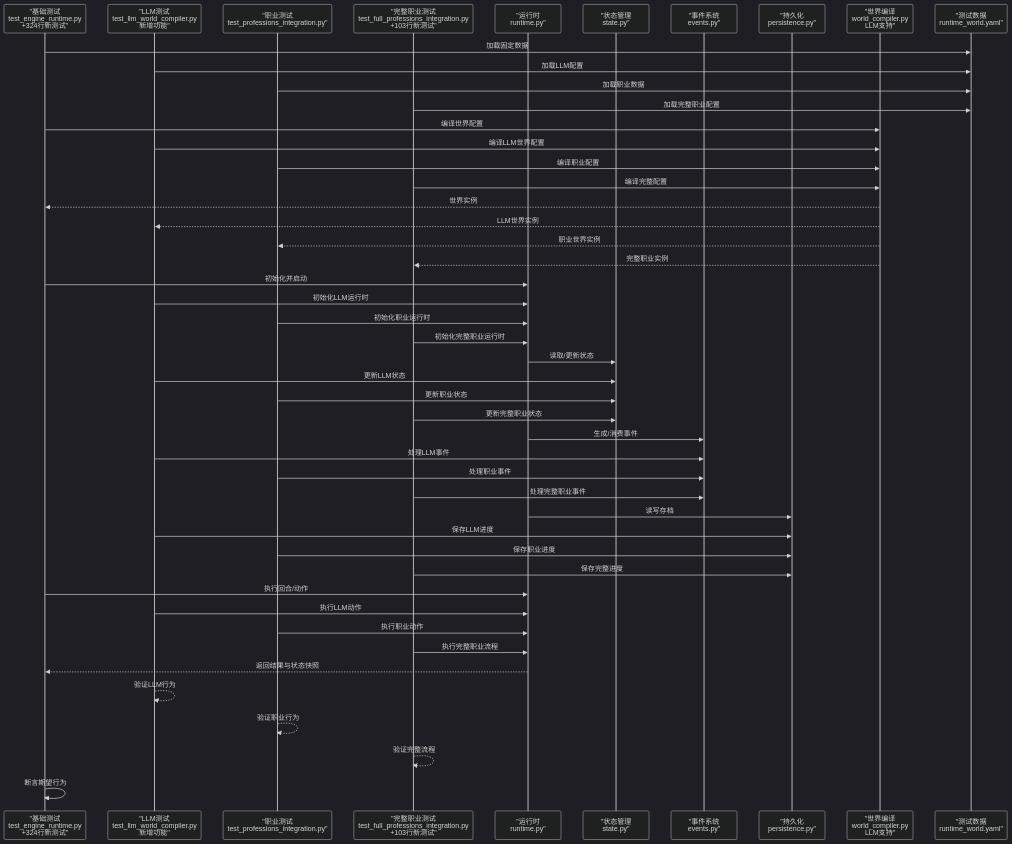
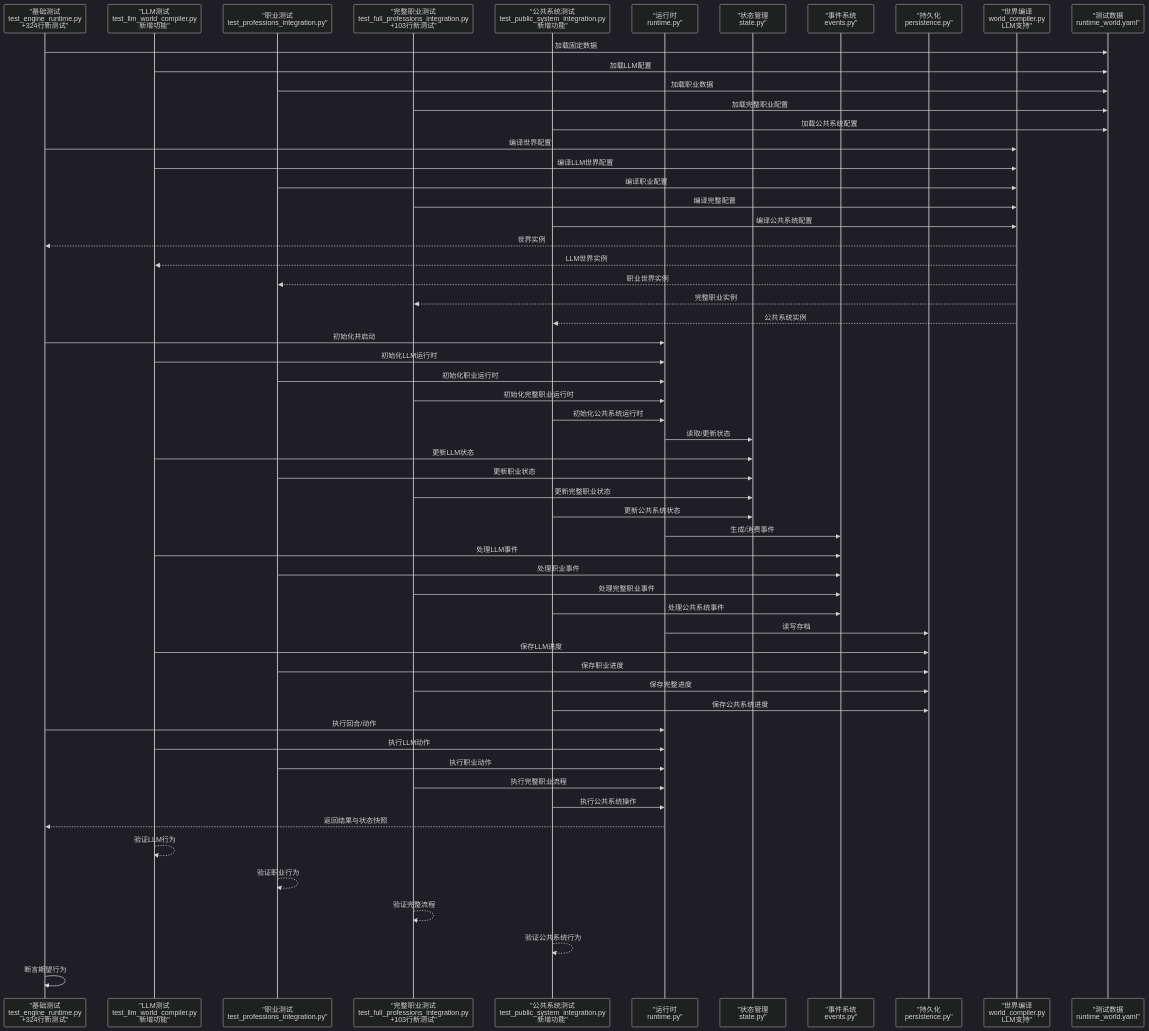
The second of 4 diagrams in .qoder/repowiki/zh/content/测试指南.md (Ivandanslespace/thegreatnovel), drawn with Mermaid (dark theme) before and after one commit. The commit also changed other lines of this file and 69 other files, not shown here.

````diff
--- a/.qoder/repowiki/zh/content/测试指南.md
+++ b/.qoder/repowiki/zh/content/测试指南.md
@@ -140,50 +146,60 @@
 ```mermaid
 sequenceDiagram
 participant Test as "基础测试<br/>test_engine_runtime.py<br/>+324行新测试"
 participant LLMTest as "LLM测试<br/>test_llm_world_compiler.py<br/>新增功能"
 participant ProfTest as "职业测试<br/>test_professions_integration.py"
 participant FullProfTest as "完整职业测试<br/>test_full_professions_integration.py<br/>+103行新测试"
+participant PublicTest as "公共系统测试<br/>test_public_system_integration.py<br/>新增功能"
 participant Runtime as "运行时<br/>runtime.py"
 participant State as "状态管理<br/>state.py"
 participant Events as "事件系统<br/>events.py"
 participant Persist as "持久化<br/>persistence.py"
 participant World as "世界编译<br/>world_compiler.py<br/>LLM支持"
 participant Fixture as "测试数据<br/>runtime_world.yaml"
 Test->>Fixture : 加载固定数据
 LLMTest->>Fixture : 加载LLM配置
 ProfTest->>Fixture : 加载职业数据
 FullProfTest->>Fixture : 加载完整职业配置
+PublicTest->>Fixture : 加载公共系统配置
 Test->>World : 编译世界配置
 LLMTest->>World : 编译LLM世界配置
 ProfTest->>World : 编译职业配置
 FullProfTest->>World : 编译完整配置
+PublicTest->>World : 编译公共系统配置
 World-->>Test : 世界实例
 World-->>LLMTest : LLM世界实例
 World-->>ProfTest : 职业世界实例
 World-->>FullProfTest : 完整职业实例
+World-->>PublicTest : 公共系统实例
 Test->>Runtime : 初始化并启动
 LLMTest->>Runtime : 初始化LLM运行时
 ProfTest->>Runtime : 初始化职业运行时
 FullProfTest->>Runtime : 初始化完整职业运行时
+PublicTest->>Runtime : 初始化公共系统运行时
 Runtime->>State : 读取/更新状态
 LLMTest->>State : 更新LLM状态
 ProfTest->>State : 更新职业状态
 FullProfTest->>State : 更新完整职业状态
+PublicTest->>State : 更新公共系统状态
 Runtime->>Events : 生成/消费事件
 LLMTest->>Events : 处理LLM事件
 ProfTest->>Events : 处理职业事件
 FullProfTest->>Events : 处理完整职业事件
+PublicTest->>Events : 处理公共系统事件
 Runtime->>Persist : 读写存档
 LLMTest->>Persist : 保存LLM进度
 ProfTest->>Persist : 保存职业进度
 FullProfTest->>Persist : 保存完整进度
+PublicTest->>Persist : 保存公共系统进度
 Test->>Runtime : 执行回合/动作
 LLMTest->>Runtime : 执行LLM动作
 ProfTest->>Runtime : 执行职业动作
 FullProfTest->>Runtime : 执行完整职业流程
+PublicTest->>Runtime : 执行公共系统操作
 Runtime-->>Test : 返回结果与状态快照
 LLMTest-->>LLMTest : 验证LLM行为
 ProfTest-->>ProfTest : 验证职业行为
 FullProfTest-->>FullProfTest : 验证完整流程
+PublicTest-->>PublicTest : 验证公共系统行为
 Test->>Test : 断言期望行为
 ```
````
